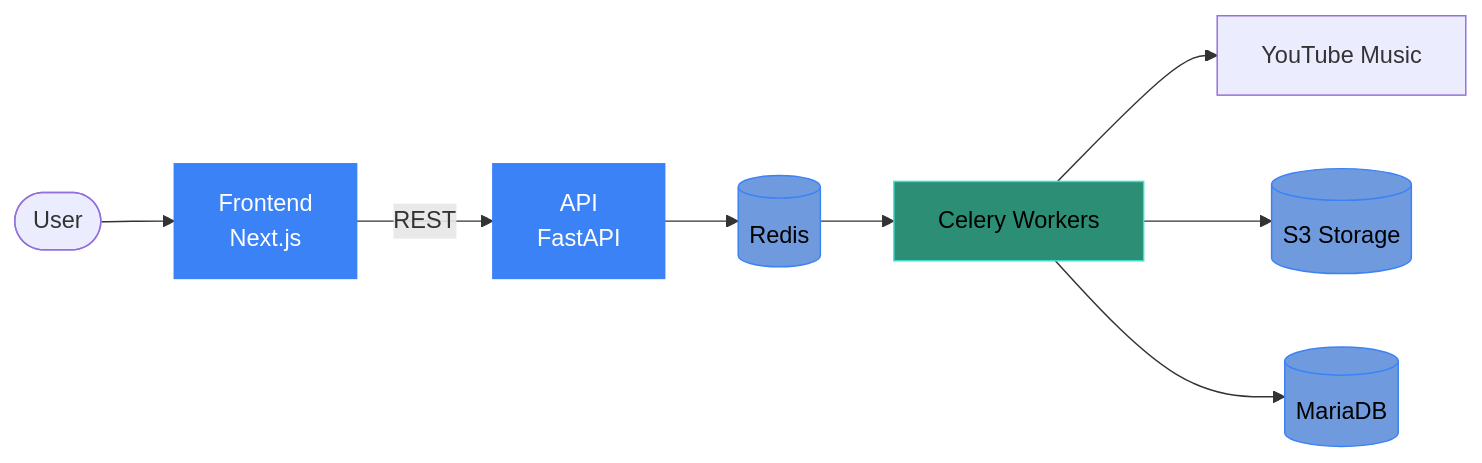
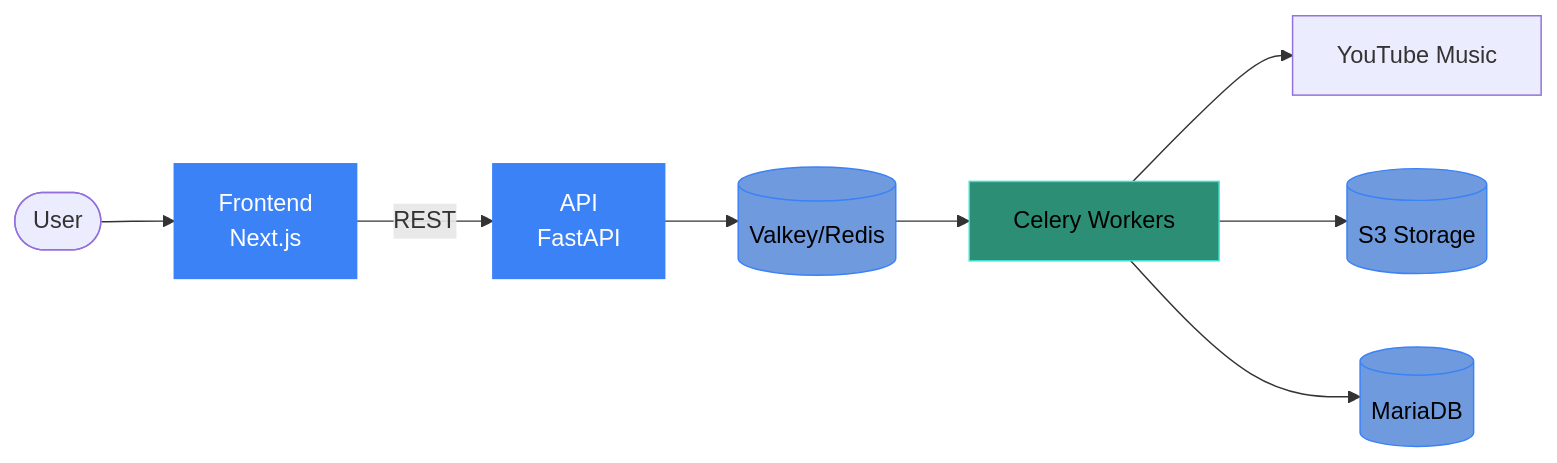
One commit to Tomifarmer/zimmporter-stack-doc changed the diagram in docs/index.md. Above: the diagram before and after it, drawn with Mermaid. The commit also changed other lines of this file and 11 other files, not shown here.

````diff
--- a/docs/index.md
+++ b/docs/index.md
@@ -15,18 +16,18 @@
 ```mermaid
 graph LR
   classDef primary fill:#3b82f6,stroke:#3b82f6,color:#fff
   classDef accent fill:#2c8f75,stroke:#40e0d0,color:#000
   classDef storage fill:#6f9ade,stroke:#3b82f6,color:#000
 
   U([User]) --> F[Frontend<br/>Next.js]
   F -->|REST| A[API<br/>FastAPI]
-  A --> Q[(Redis)]
+  A -->   Q[(Valkey/Redis)]
   Q --> W[Celery Workers]
   W --> YT[YouTube Music]
   W --> S3[(S3 Storage)]
   W --> DB[(MariaDB)]
 
   class F,A primary
   class W accent
   class Q,S3,DB storage
 ```
````
